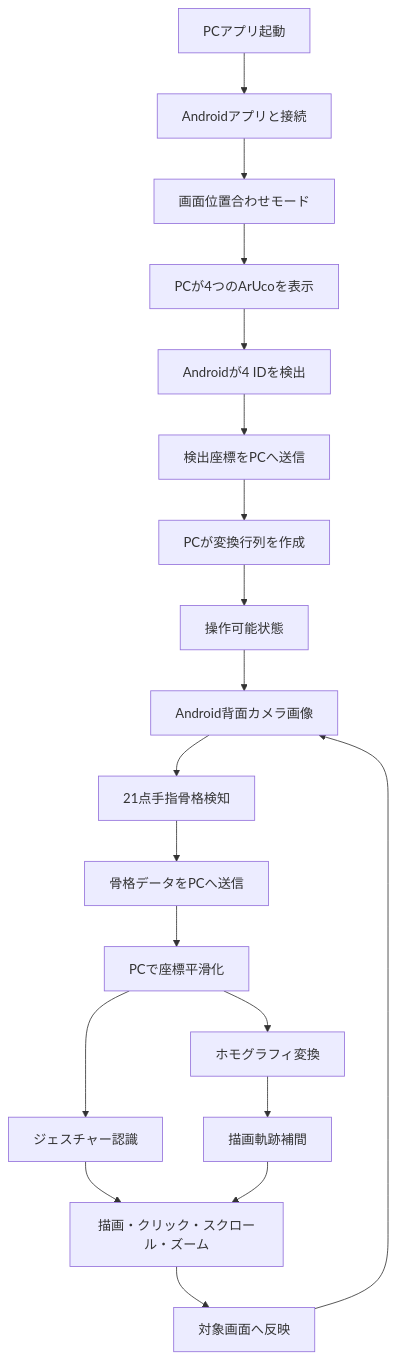
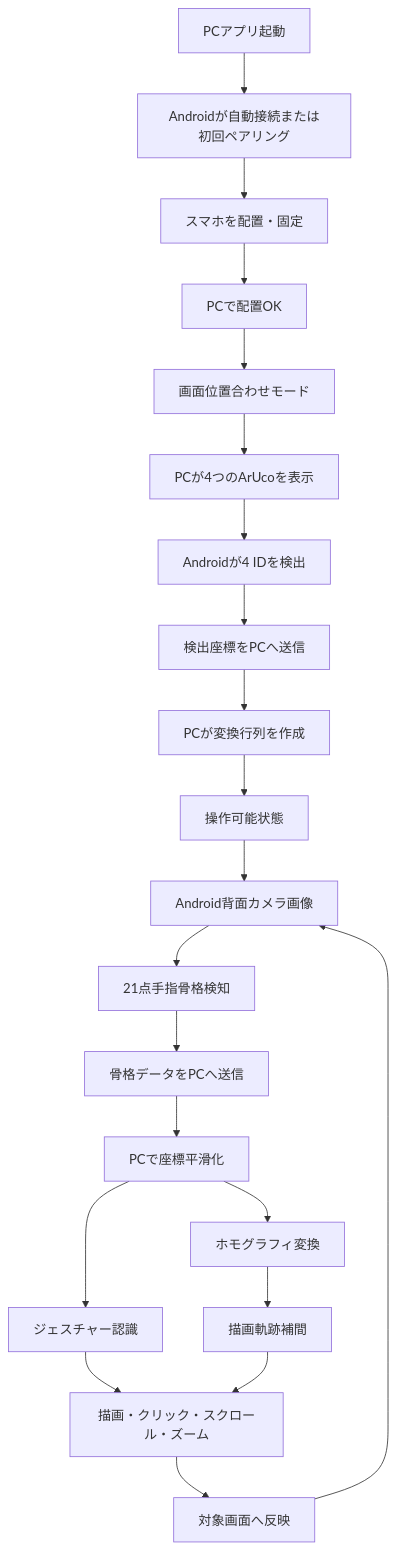
Diagram 37 of 38 in docs/system/system-requirements.md (KIT-DevelopersHub/screact), drawn with Mermaid before and after one commit. The commit also changed other lines of this file and 11 other files, not shown here.

````diff
--- a/docs/system/system-requirements.md
+++ b/docs/system/system-requirements.md
@@ -1600,25 +1648,27 @@
 ```mermaid
 flowchart TD
     Start[PCアプリ起動]
-    Connect[Androidアプリと接続]
+    Connect[Androidが自動接続または初回ペアリング]
+    Placement[スマホを配置・固定]
+    PlacementOk[PCで配置OK]
     CalibrationMode[画面位置合わせモード]
     ShowArUco[PCが4つのArUcoを表示]
     DetectArUco[Androidが4 IDを検出]
     SendArUco[検出座標をPCへ送信]
     Matrix[PCが変換行列を作成]
     Ready[操作可能状態]
     Capture[Android背面カメラ画像]
     HandLandmarks[21点手指骨格検知]
     SendHand[骨格データをPCへ送信]
     Smooth[PCで座標平滑化]
     Gesture[ジェスチャー認識]
     Transform[ホモグラフィ変換]
     Interpolate[描画軌跡補間]
     Output[描画・クリック・スクロール・ズーム]
     Screen[対象画面へ反映]
-    Start --> Connect --> CalibrationMode --> ShowArUco --> DetectArUco --> SendArUco --> Matrix --> Ready --> Capture --> HandLandmarks --> SendHand --> Smooth
+    Start --> Connect --> Placement --> PlacementOk --> CalibrationMode --> ShowArUco --> DetectArUco --> SendArUco --> Matrix --> Ready --> Capture --> HandLandmarks --> SendHand --> Smooth
     Smooth --> Gesture
     Smooth --> Transform --> Interpolate
     Gesture --> Output
     Interpolate --> Output --> Screen --> Capture
 ```
````
